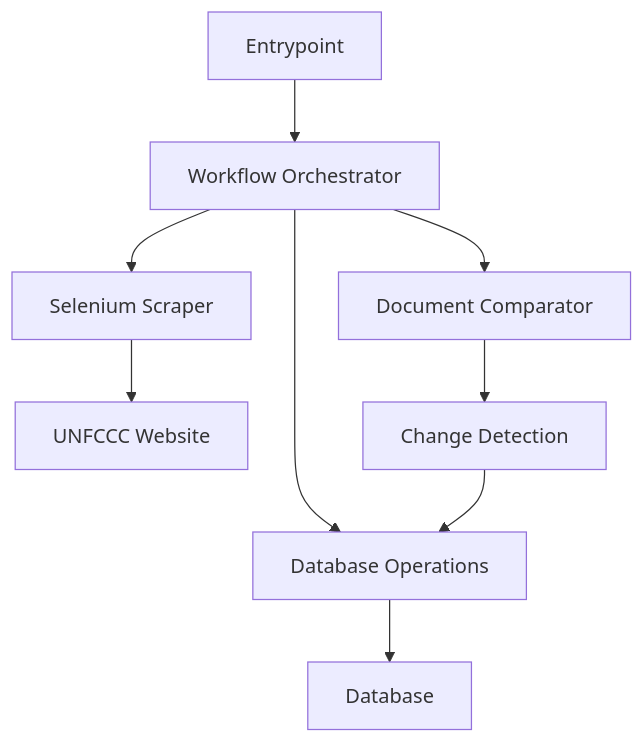
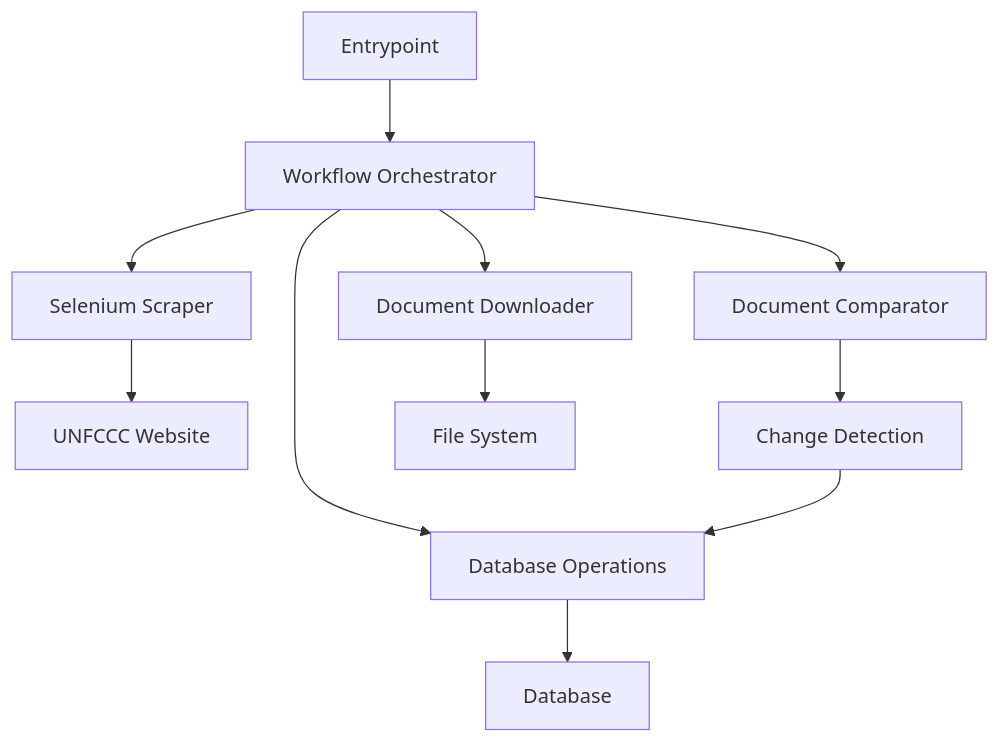
Before and after one commit to Nayrbnat/rag-fact-sheets-4: the diagram in docs/scrape.md, drawn with Mermaid. The commit also changed other lines of this file and 10 other files, not shown here.

````diff
--- a/docs/scrape.md
+++ b/docs/scrape.md
@@ -78,11 +93,13 @@
 ```mermaid
 graph TD
     A[Entrypoint] --> B[Workflow Orchestrator]
     B --> C[Database Operations]
     B --> D[Selenium Scraper]
     B --> E[Document Comparator]
-    C --> F[Database]
-    D --> G[UNFCCC Website]
-    E --> H[Change Detection]
-    H --> C
+    B --> F[Document Downloader]
+    C --> G[Database]
+    D --> H[UNFCCC Website]
+    E --> I[Change Detection]
+    I --> C
+    F --> J[File System]
 ```
````
